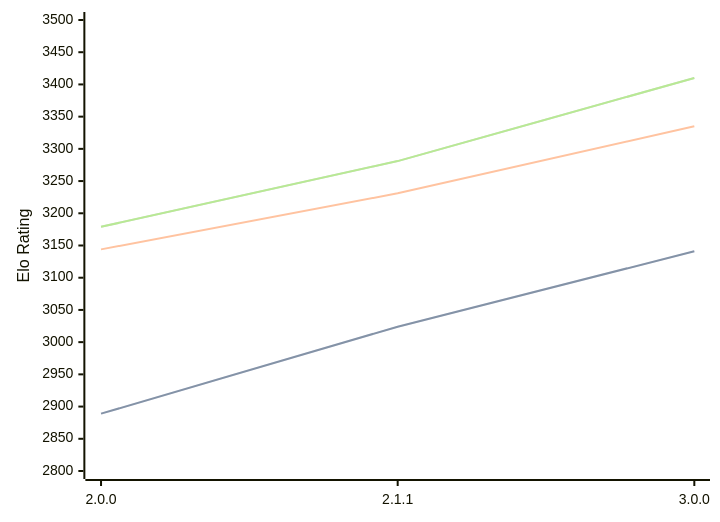
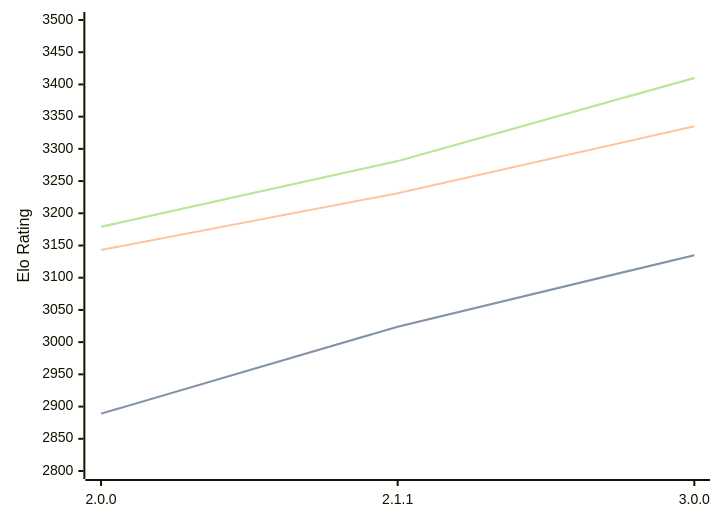
The diagram in engines/Bread.md (computer-chess-index/cci), drawn with Mermaid before and after one commit. The commit also changed other lines of this file, not shown here.

Commit message:
Update CCI Ratings (ELO VLTC) - 2026-04-06

````diff
--- a/engines/Bread.md
+++ b/engines/Bread.md
@@ -51,11 +51,11 @@
 ```mermaid
 %%{init: {"theme":"base","themeVariables":{"seriesColors:['#a3a3a3','#222221','#faa371']}}}%%
 xychart-beta
   x-axis ["2.0.0", "2.1.1", "3.0.0"]
   y-axis "Elo Rating" 2800 --> 3500
-  line "STC (8.0+0.08s)" [2889, 3024, 3141]
-  line "STC (8.0+0.08s)" [2889, 3024, 3141]
-  line "LTC (60.0+0.60s)" [3144, 3231, 3335]
+  line "STC (8.0+0.08s)" [2889, 3024, 3135]
+  line "STC (8.0+0.08s)" [2889, 3024, 3135]
+  line "LTC (60.0+0.60s)" [3143, 3231, 3335]
   line "VLTC (2m24s+1.12s)" [3179, 3281, 3410]
   line "VLTC (2m24s+1.12s)" [3179, 3281, 3410]
 ```
````
